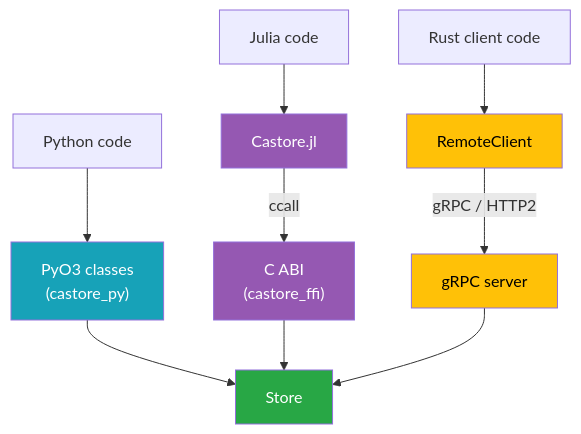
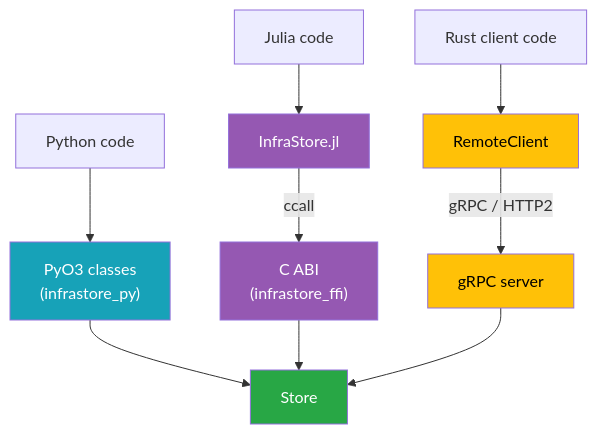
One commit to NatLabRockies/infrastore changed the first of 2 diagrams in docs/src/explanation/bindings.md. Above: the diagram before and after it, drawn with Mermaid. The commit also changed other lines of this file and 193 other files, not shown here.

````diff
--- a/docs/src/explanation/bindings.md
+++ b/docs/src/explanation/bindings.md
@@ -6,19 +6,19 @@
 ```mermaid
 flowchart TB
-    PYAPP["Python code"] --> PYO3["PyO3 classes<br/>(castore_py)"]
-    JLAPP["Julia code"] --> JLPKG["Castore.jl"]
-    JLPKG -->|"ccall"| CABI["C ABI<br/>(castore_ffi)"]
+    PYAPP["Python code"] --> PYO3["PyO3 classes<br/>(infrastore_py)"]
+    JLAPP["Julia code"] --> JLPKG["InfraStore.jl"]
+    JLPKG -->|"ccall"| CABI["C ABI<br/>(infrastore_ffi)"]
     RUSTAPP["Rust client code"] --> RC["RemoteClient"]
     RC -->|"gRPC / HTTP2"| GS["gRPC server"]
 
     PYO3 --> STORE["Store"]
     CABI --> STORE
     GS --> STORE
 
     style STORE fill:#28a745,color:#fff
     style PYO3 fill:#17a2b8,color:#fff
     style CABI fill:#9558b2,color:#fff
     style JLPKG fill:#9558b2,color:#fff
     style GS fill:#ffc107,color:#000
     style RC fill:#ffc107,color:#000
 ```
````
